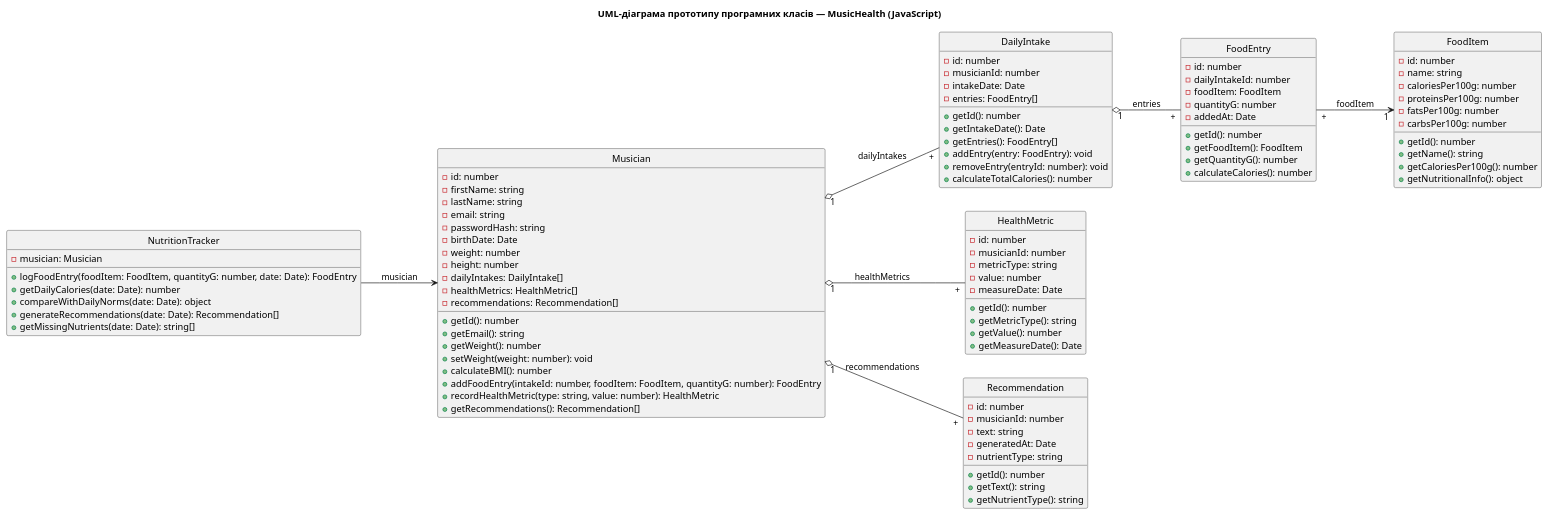
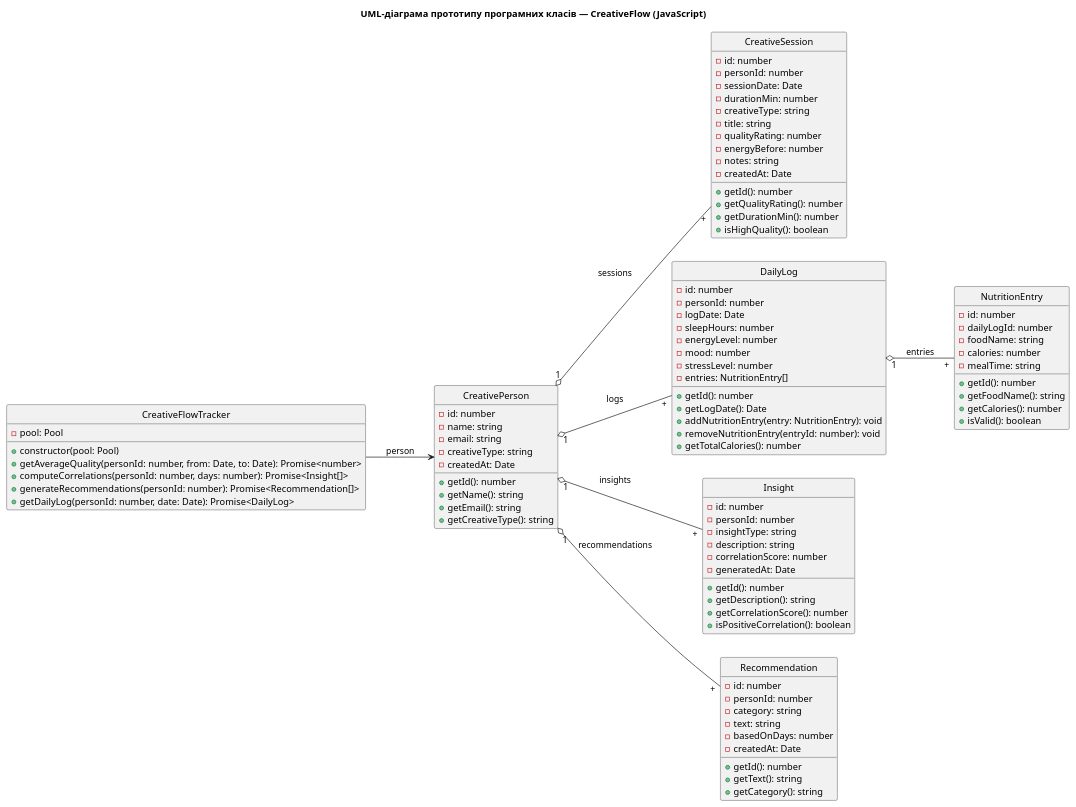
One commit to dariatkachenkos/software-product-development changed the diagram in SoftWareProductDevelopment/2-SoftwareDesign/2.6-UMLProgramClasses/UMLProgramClasses.puml. Above: the diagram before and after it, drawn with PlantUML. The commit also changed 26 other files, not shown here.

First line of the commit message:
Redesign: MusicHealth → CreativeFlow — трекер якості творчого life

```diff
--- a/SoftWareProductDevelopment/2-SoftwareDesign/2.6-UMLProgramClasses/UMLProgramClasses.puml
+++ b/SoftWareProductDevelopment/2-SoftwareDesign/2.6-UMLProgramClasses/UMLProgramClasses.puml
@@ -1,106 +1,105 @@
 @startuml
 
 hide circle
 left to right direction
-title UML-діаграма прототипу програмних класів — MusicHealth (JavaScript)
+title UML-діаграма прототипу програмних класів — CreativeFlow (JavaScript)
 
-class Musician {
+class CreativePerson {
     -id: number
-    -firstName: string
-    -lastName: string
+    -name: string
     -email: string
-    -passwordHash: string
-    -birthDate: Date
-    -weight: number
-    -height: number
-    -dailyIntakes: DailyIntake[]
-    -healthMetrics: HealthMetric[]
-    -recommendations: Recommendation[]
+    -creativeType: string
+    -createdAt: Date
     +getId(): number
+    +getName(): string
     +getEmail(): string
-    +getWeight(): number
-    +setWeight(weight: number): void
-    +calculateBMI(): number
-    +addFoodEntry(intakeId: number, foodItem: FoodItem, quantityG: number): FoodEntry
-    +recordHealthMetric(type: string, value: number): HealthMetric
-    +getRecommendations(): Recommendation[]
+    +getCreativeType(): string
 }
 
-class DailyIntake {
+class CreativeSession {
     -id: number
-    -musicianId: number
-    -intakeDate: Date
-    -entries: FoodEntry[]
+    -personId: number
+    -sessionDate: Date
+    -durationMin: number
+    -creativeType: string
+    -title: string
+    -qualityRating: number
+    -energyBefore: number
+    -notes: string
+    -createdAt: Date
     +getId(): number
-    +getIntakeDate(): Date
-    +getEntries(): FoodEntry[]
-    +addEntry(entry: FoodEntry): void
-    +removeEntry(entryId: number): void
-    +calculateTotalCalories(): number
+    +getQualityRating(): number
+    +getDurationMin(): number
+    +isHighQuality(): boolean
 }
 
-class FoodItem {
+class DailyLog {
     -id: number
-    -name: string
-    -caloriesPer100g: number
-    -proteinsPer100g: number
-    -fatsPer100g: number
-    -carbsPer100g: number
+    -personId: number
+    -logDate: Date
+    -sleepHours: number
+    -energyLevel: number
+    -mood: number
+    -stressLevel: number
+    -entries: NutritionEntry[]
     +getId(): number
-    +getName(): string
-    +getCaloriesPer100g(): number
-    +getNutritionalInfo(): object
+    +getLogDate(): Date
+    +addNutritionEntry(entry: NutritionEntry): void
+    +removeNutritionEntry(entryId: number): void
+    +getTotalCalories(): number
 }
 
-class FoodEntry {
+class NutritionEntry {
     -id: number
-    -dailyIntakeId: number
-    -foodItem: FoodItem
-    -quantityG: number
-    -addedAt: Date
+    -dailyLogId: number
+    -foodName: string
+    -calories: number
+    -mealTime: string
     +getId(): number
-    +getFoodItem(): FoodItem
-    +getQuantityG(): number
-    +calculateCalories(): number
+    +getFoodName(): string
+    +getCalories(): number
+    +isValid(): boolean
 }
 
-class HealthMetric {
+class Insight {
     -id: number
-    -musicianId: number
-    -metricType: string
-    -value: number
-    -measureDate: Date
+    -personId: number
+    -insightType: string
+    -description: string
+    -correlationScore: number
+    -generatedAt: Date
     +getId(): number
-    +getMetricType(): string
-    +getValue(): number
-    +getMeasureDate(): Date
+    +getDescription(): string
+    +getCorrelationScore(): number
+    +isPositiveCorrelation(): boolean
 }
 
 class Recommendation {
     -id: number
-    -musicianId: number
+    -personId: number
+    -category: string
     -text: string
-    -generatedAt: Date
-    -nutrientType: string
+    -basedOnDays: number
+    -createdAt: Date
     +getId(): number
     +getText(): string
-    +getNutrientType(): string
+    +getCategory(): string
 }
 
-class NutritionTracker {
-    -musician: Musician
-    +logFoodEntry(foodItem: FoodItem, quantityG: number, date: Date): FoodEntry
-    +getDailyCalories(date: Date): number
-    +compareWithDailyNorms(date: Date): object
-    +generateRecommendations(date: Date): Recommendation[]
-    +getMissingNutrients(date: Date): string[]
+class CreativeFlowTracker {
+    -pool: Pool
+    +constructor(pool: Pool)
+    +getAverageQuality(personId: number, from: Date, to: Date): Promise<number>
+    +computeCorrelations(personId: number, days: number): Promise<Insight[]>
+    +generateRecommendations(personId: number): Promise<Recommendation[]>
+    +getDailyLog(personId: number, date: Date): Promise<DailyLog>
 }
 
-Musician "1" o-- "+" DailyIntake : dailyIntakes
-Musician "1" o-- "+" HealthMetric : healthMetrics
-Musician "1" o-- "+" Recommendation : recommendations
-DailyIntake "1" o-- "+" FoodEntry : entries
-FoodEntry "+" --> "1" FoodItem : foodItem
-NutritionTracker --> Musician : musician
+CreativePerson "1" o-- "+" CreativeSession : sessions
+CreativePerson "1" o-- "+" DailyLog : logs
+DailyLog "1" o-- "+" NutritionEntry : entries
+CreativePerson "1" o-- "+" Insight : insights
+CreativePerson "1" o-- "+" Recommendation : recommendations
+CreativeFlowTracker --> CreativePerson : person
 
 @enduml
```
